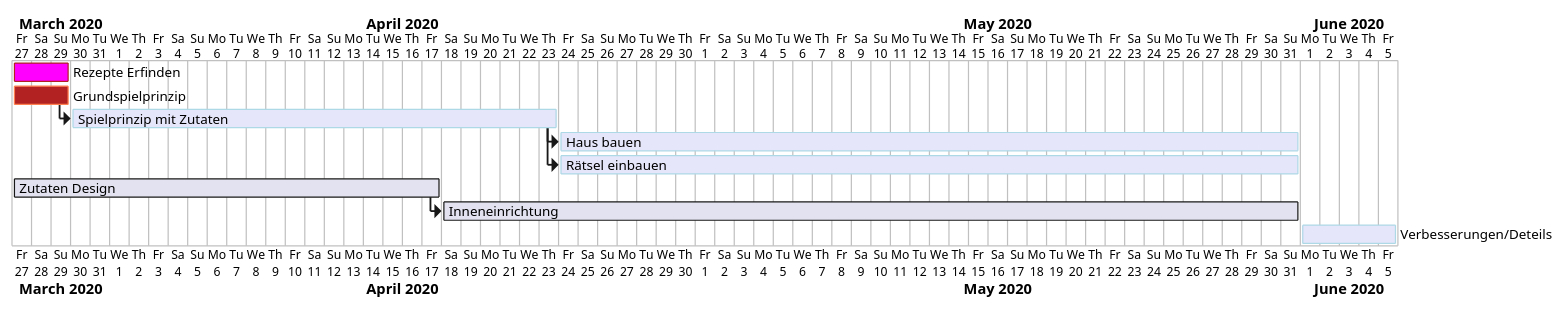
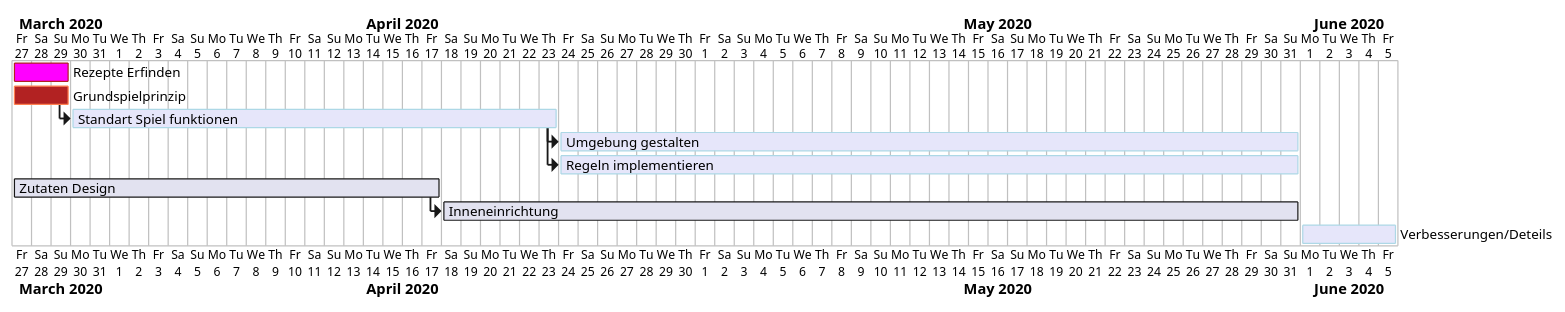
One commit to 1920-3ahitm-itp/VR-Escape-Room changed the third of 3 diagrams in asciidocs/index.adoc. Above: the diagram before and after it, drawn with PlantUML.

Commit message:
updated Gantt Diagram

```diff
--- a/asciidocs/index.adoc
+++ b/asciidocs/index.adoc
@@ -152,29 +152,29 @@
 [plantuml,gantt-protoype,png]
 ----
 @startgantt
 project starts the 2020/03/27
 [Rezepte Erfinden] lasts 3 days
 [Grundspielprinzip] lasts 3 days
-[Spielprinzip mit Zutaten] lasts 25 days
-[Haus bauen] lasts 38 days
-[Rätsel einbauen] lasts 38 days
+[Standart Spiel funktionen] lasts 25 days
+[Umgebung gestalten] lasts 38 days
+[Regeln implementieren] lasts 38 days
 [Zutaten Design] lasts 22 days
 [Inneneinrichtung] lasts 44 days
 [Verbesserungen/Deteils] lasts 5 days
 
 
 [Rezepte Erfinden] starts on 2020/03/19
 [Verbesserungen/Deteils] starts on 2020/06/01
-[Spielprinzip mit Zutaten] starts at [Grundspielprinzip]'s end
+[Standart Spiel funktionen] starts at [Grundspielprinzip]'s end
 [Inneneinrichtung] starts at [Zutaten Design]'s end
-[Haus bauen] starts at [Spielprinzip mit Zutaten]'s end
-[Rätsel einbauen] starts at [Spielprinzip mit Zutaten]'s end
+[Umgebung gestalten] starts at [Standart Spiel funktionen]'s end
+[Regeln implementieren] starts at [Standart Spiel funktionen]'s end
 
 [Rezepte Erfinden] is colored in Fuchsia/FireBrick
 [Grundspielprinzip] is colored in FireBrick/Coral
-[Spielprinzip mit Zutaten] is colored in Lavender/LightBlue
-[Haus bauen] is colored in Lavender/LightBlue
-[Rätsel einbauen] is colored in Lavender/LightBlue
+[Standart Spiel funktionen] is colored in Lavender/LightBlue
+[Umgebung gestalten] is colored in Lavender/LightBlue
+[Regeln implementieren] is colored in Lavender/LightBlue
 [Verbesserungen/Deteils] is colored in Lavender/LightBlue
 @endgantt
 ----
```
